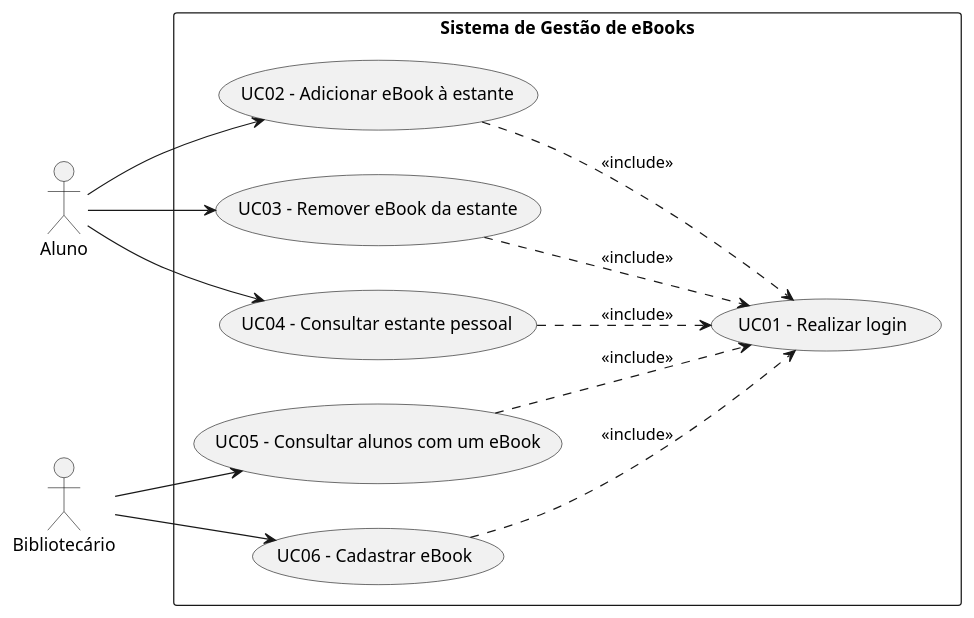
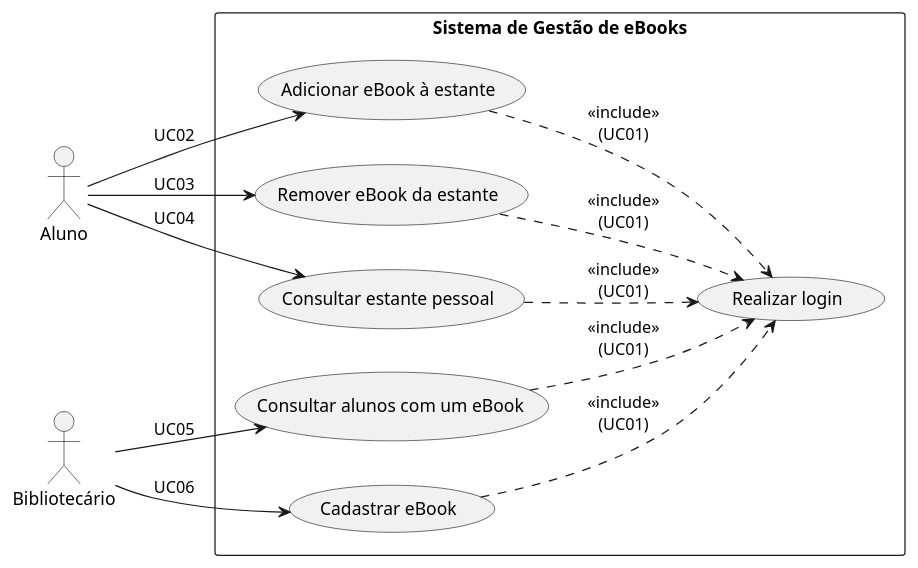
The diagram in docs/diagramas/casos-de-uso.puml (najarhenrique/lab01-ebooks-biblioteca), drawn with PlantUML before and after one commit.

Commit message:
Refactor use case labels in UML diagram

```diff
--- a/docs/diagramas/casos-de-uso.puml
+++ b/docs/diagramas/casos-de-uso.puml
@@ -1,29 +1,29 @@
 @startuml casos_de_uso
 left to right direction
 skinparam packageStyle rectangle
 
 actor Aluno
 actor Bibliotecario as "Bibliotecário"
 
 rectangle "Sistema de Gestão de eBooks" {
-  usecase "UC01 - Realizar login" as UC01
-  usecase "UC02 - Adicionar eBook à estante" as UC02
-  usecase "UC03 - Remover eBook da estante" as UC03
-  usecase "UC04 - Consultar estante pessoal" as UC04
-  usecase "UC05 - Consultar alunos com um eBook" as UC05
-  usecase "UC06 - Cadastrar eBook" as UC06
+  usecase "Realizar login" as UC01
+  usecase "Adicionar eBook à estante" as UC02
+  usecase "Remover eBook da estante" as UC03
+  usecase "Consultar estante pessoal" as UC04
+  usecase "Consultar alunos com um eBook" as UC05
+  usecase "Cadastrar eBook" as UC06
 }
 
-Aluno --> UC02
-Aluno --> UC03
-Aluno --> UC04
+Aluno --> UC02 : UC02
+Aluno --> UC03 : UC03
+Aluno --> UC04 : UC04
 
-Bibliotecario --> UC05
-Bibliotecario --> UC06
+Bibliotecario --> UC05 : UC05
+Bibliotecario --> UC06 : UC06
 
-UC02 ..> UC01 : <<include>>
-UC03 ..> UC01 : <<include>>
-UC04 ..> UC01 : <<include>>
-UC05 ..> UC01 : <<include>>
-UC06 ..> UC01 : <<include>>
+UC02 ..> UC01 : <<include>>\n(UC01)
+UC03 ..> UC01 : <<include>>\n(UC01)
+UC04 ..> UC01 : <<include>>\n(UC01)
+UC05 ..> UC01 : <<include>>\n(UC01)
+UC06 ..> UC01 : <<include>>\n(UC01)
 @enduml
```
